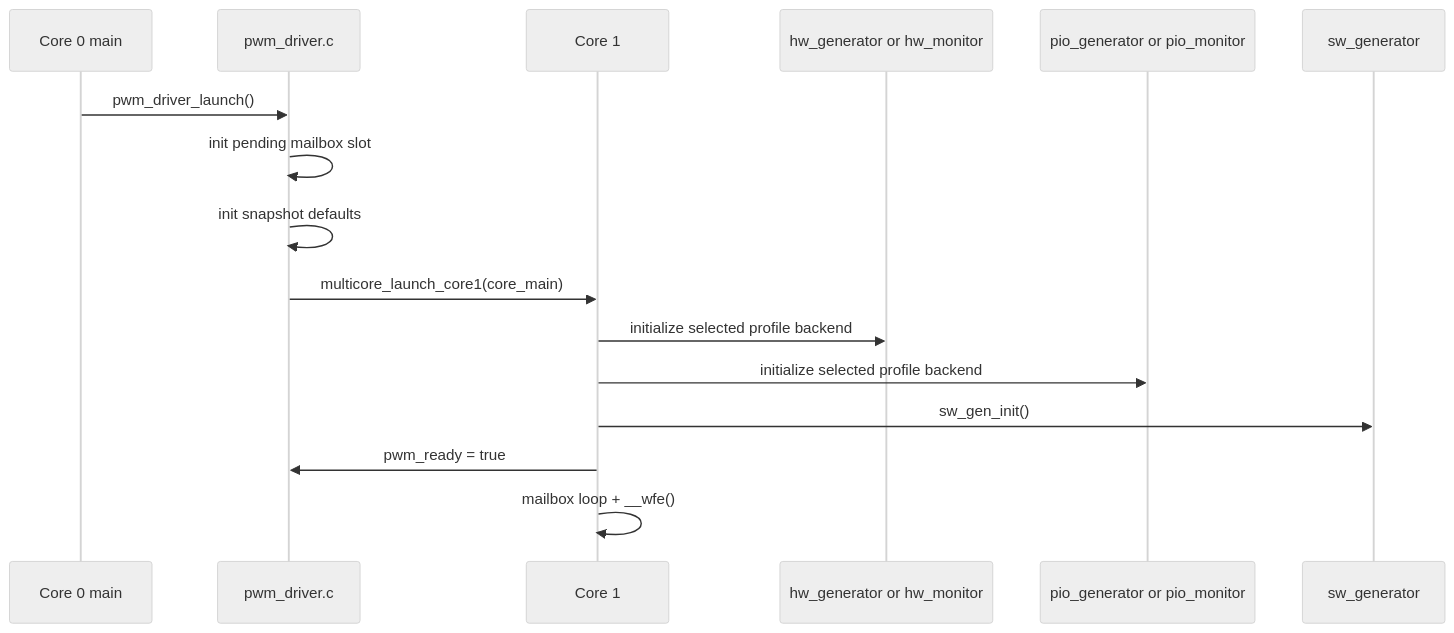
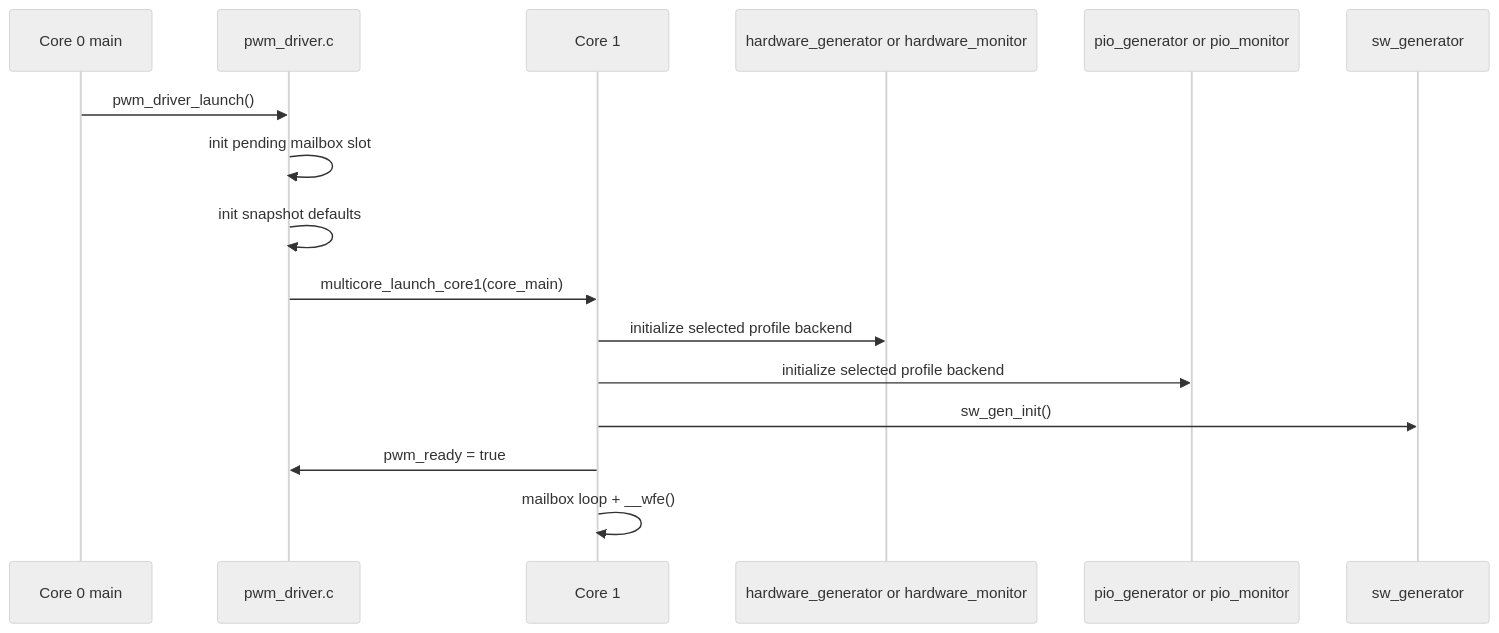
Before and after one commit to djwinter29-oss/PicoPWM: the third of 7 diagrams in docs/detail/pwm_driver_design.md, drawn with Mermaid (neutral theme). The commit also changed other lines of this file and 41 other files, not shown here.

````diff
--- a/docs/detail/pwm_driver_design.md
+++ b/docs/detail/pwm_driver_design.md
@@ -287,19 +281,19 @@
 ```mermaid
 sequenceDiagram
     participant C0 as Core 0 main
     participant WR as pwm_driver.c
     participant C1 as Core 1
-    participant HW as hw_generator or hw_monitor
+    participant HW as hardware_generator or hardware_monitor
     participant PIO as pio_generator or pio_monitor
     participant SW as sw_generator
 
     C0->>WR: pwm_driver_launch()
     WR->>WR: init pending mailbox slot
     WR->>WR: init snapshot defaults
     WR->>C1: multicore_launch_core1(core_main)
     C1->>HW: initialize selected profile backend
     C1->>PIO: initialize selected profile backend
     C1->>SW: sw_gen_init()
     C1->>WR: pwm_ready = true
     C1->>C1: mailbox loop + __wfe()
 ```
````
